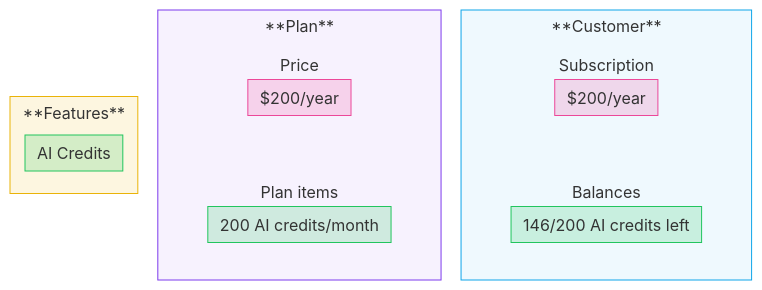
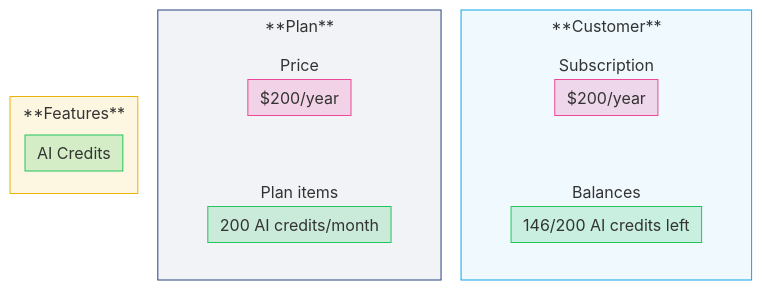
Before and after one commit to envision5/MeterPal: the diagram in billing/apps/docs/mintlify/documentation/concepts/overview.mdx, drawn with Mermaid. The commit also changed other lines of this file and 345 other files, not shown here.

````diff
--- a/billing/apps/docs/mintlify/documentation/concepts/overview.mdx
+++ b/billing/apps/docs/mintlify/documentation/concepts/overview.mdx
@@ -9,44 +9,44 @@
 ```mermaid actions={false}
 %%{init: {'flowchart': {'padding': 6, 'nodeSpacing': 10, 'rankSpacing': 20, 'subGraphTitleMargin': {'top': 4, 'bottom': 12}}} }%%
 flowchart LR
     subgraph features["**Features**"]
         F3["AI Credits"]:::credit
     end
 
     subgraph plan["**Plan**"]
         direction TB
         subgraph price["Price"]
             P1["$200/year"]:::pricing
         end
         subgraph planItems["Plan items"]
             PI1["200 AI credits/month"]:::credit
         end
         price ~~~ planItems
     end
 
     subgraph customer["**Customer**"]
         direction TB
         subgraph customerPlans["Subscription"]
             C1["$200/year"]:::pricing
         end
         subgraph balances["Balances"]
             B1["146/200 AI credits left"]:::credit
         end
         customerPlans ~~~ balances
     end
 
 
     features ~~~ plan ~~~ customer
 
     classDef credit fill:#22c55e30,stroke:#22c55e
     classDef pricing fill:#ec489930,stroke:#ec4899
 
     style features fill:#eab30820,stroke:#eab308
-    style plan fill:#7c3aed10,stroke:#7c3aed
+    style plan fill:#26408210,stroke:#264082
     style customer fill:#0ea5e910,stroke:#0ea5e9
 
     style price fill:none,stroke:none
     style planItems fill:none,stroke:none
     style customerPlans fill:none,stroke:none
     style balances fill:none,stroke:none
 ```
````
